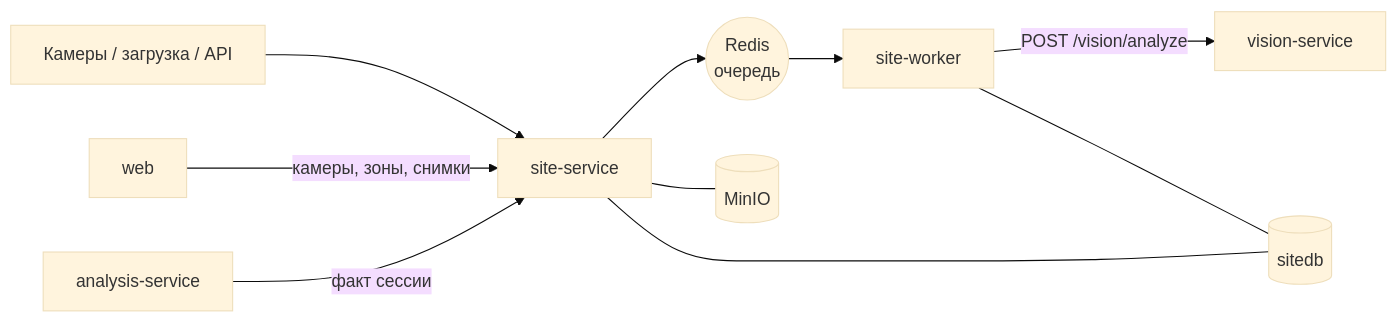
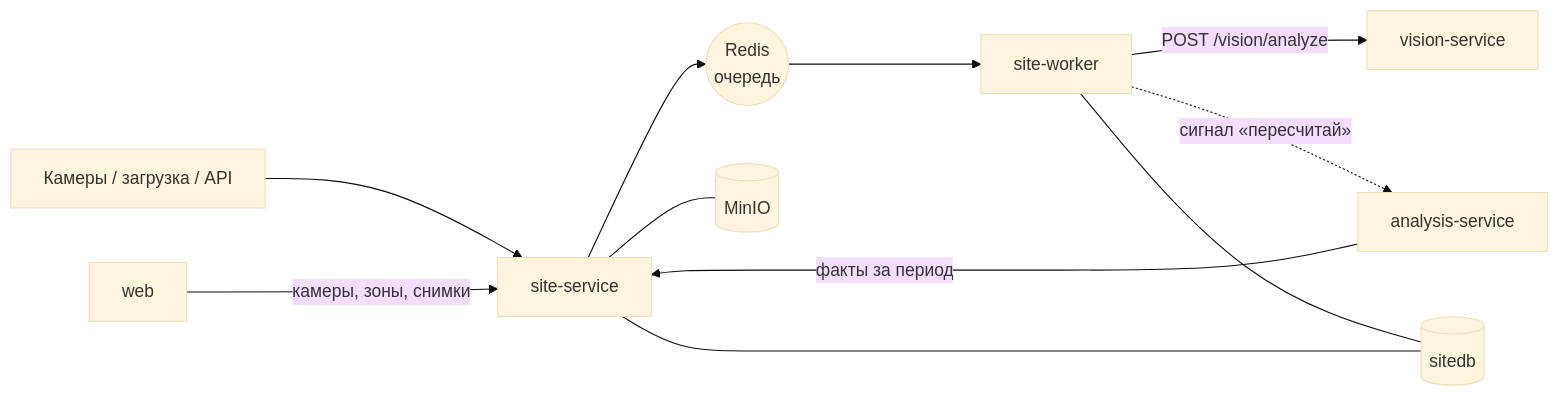
The diagram in services/site-service/README.md (cerXXXX/ConstructionSupervision), drawn with Mermaid (base theme) before and after one commit. The commit also changed other lines of this file and 45 other files, not shown here.

````diff
--- a/services/site-service/README.md
+++ b/services/site-service/README.md
@@ -14,12 +16,13 @@
 ```mermaid
 flowchart LR
     SRC["Камеры / загрузка / API"] --> SITE
     WEB["web"] -->|"камеры, зоны, снимки"| SITE
     SITE["site-service"] --> Q(("Redis<br/>очередь"))
     Q --> W["site-worker"]
     W -->|"POST /vision/analyze"| VIS["vision-service"]
+    W -.->|"сигнал «пересчитай»"| ANL["analysis-service"]
     W --- DB[("sitedb")]
     SITE --- DB
     SITE --- S3[("MinIO")]
-    ANL["analysis-service"] -->|"факт сессии"| SITE
+    ANL -->|"факты за период"| SITE
 ```
````
